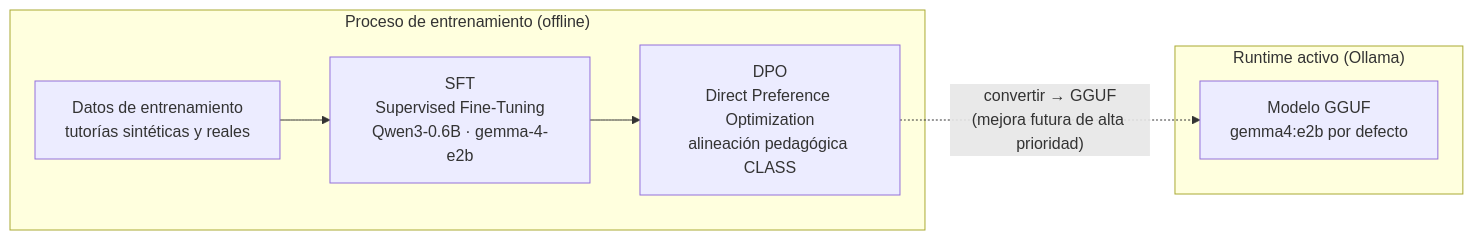
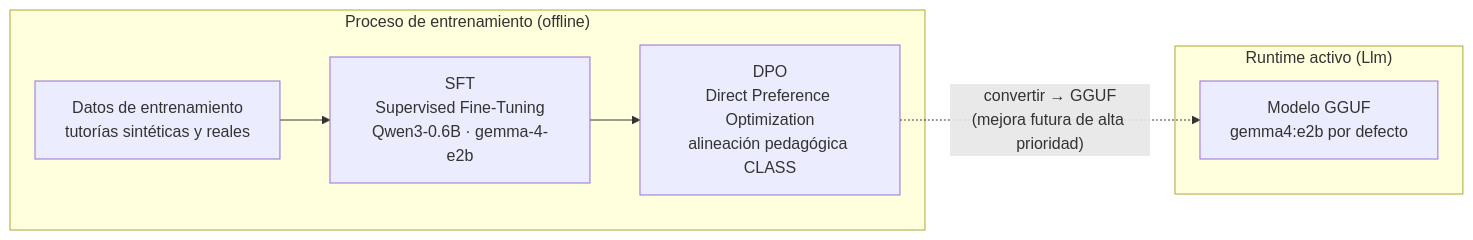
Before and after one commit to davidalejandro04/MiCuadernoApp: diagram 20 of 25 in README.md, drawn with Mermaid. The commit also changed other lines of this file and 22 other files, not shown here.

First line of the commit message:
Add agent docs and rename Ollama → Llm

````diff
--- a/README.md
+++ b/README.md
@@ -572,15 +572,15 @@
 ```mermaid
 graph LR
     subgraph Training["Proceso de entrenamiento (offline)"]
         DATA2["Datos de entrenamiento\ntutorías sintéticas y reales"]
         SFT["SFT\nSupervised Fine-Tuning\nQwen3-0.6B · gemma-4-e2b"]
         DPO["DPO\nDirect Preference Optimization\nalineación pedagógica CLASS"]
         DATA2 --> SFT --> DPO
     end
 
-    subgraph Runtime["Runtime activo (Ollama)"]
+    subgraph Runtime["Runtime activo (Llm)"]
         GGUF["Modelo GGUF\ngemma4:e2b por defecto"]
     end
 
     DPO -.->|"convertir → GGUF\n(mejora futura de alta prioridad)"| GGUF
 ```
````
